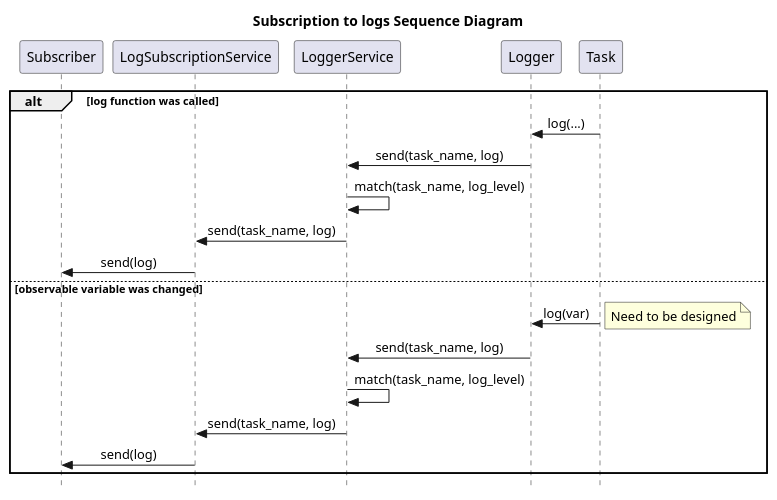
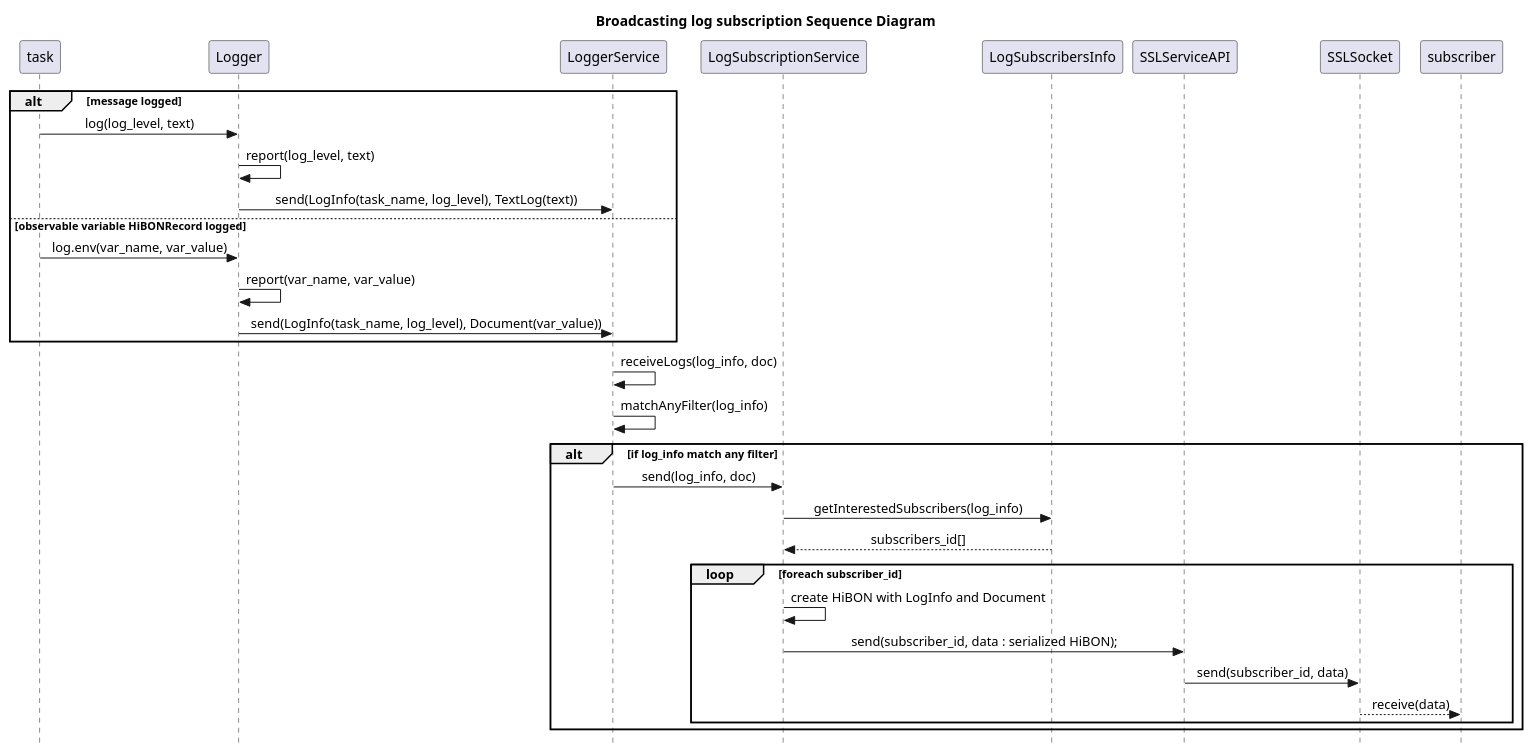
One commit to tagion/tagion changed the diagram in src/lib-services/uml/LogSubscription/ReceivingLogsSequence.wsd. Above: the diagram before and after it, drawn with PlantUML. The commit also changed 3 other files, not shown here.

Commit message:
update diagrams for log subscription

```diff
--- a/src/lib-services/uml/LogSubscription/ReceivingLogsSequence.wsd
+++ b/src/lib-services/uml/LogSubscription/ReceivingLogsSequence.wsd
@@ -1,35 +1,42 @@
 @startuml Logger Subscription Sequence
 
 skinparam Style strictuml
 skinparam SequenceMessageAlign center
 hide empty description
-title Subscription to logs Sequence Diagram
+title Broadcasting log subscription Sequence Diagram
 
-participant Subscriber as sub
+participant task
+participant Logger as logger
+participant LoggerService as logservice
 participant LogSubscriptionService as subservice
-participant LoggerService as logservice
-participant Logger as logger
-participant Task as task
+participant LogSubscribersInfo as subinfo
+participant SSLServiceAPI as api
+participant SSLSocket as socket
+participant subscriber as sub
 
-alt log function was called
-task -> logger : log(...)
-logger -> logservice : send(task_name, log)
-logservice -> logservice : match(task_name, log_level)
-logservice -> subservice : send(task_name, log)
-subservice -> sub : send(log)
-else observable variable was changed
-task -> logger : log(var)
-note right
-Need to be designed
-end note
-logger -> logservice : send(task_name, log)
-logservice -> logservice : match(task_name, log_level)
-logservice -> subservice : send(task_name, log)
-subservice -> sub : send(log)
+alt message logged
+    task -> logger : log(log_level, text)
+    logger -> logger : report(log_level, text)
+    logger -> logservice : send(LogInfo(task_name, log_level), TextLog(text))
+else observable variable HiBONRecord logged
+    task -> logger : log.env(var_name, var_value)
+    logger -> logger : report(var_name, var_value)
+    logger -> logservice : send(LogInfo(task_name, log_level), Document(var_value))
 end
 
-deactivate sub
-deactivate subservice
-deactivate logservice
+logservice -> logservice : receiveLogs(log_info, doc)
+logservice -> logservice : matchAnyFilter(log_info)
+
+alt if log_info match any filter
+    logservice -> subservice : send(log_info, doc)
+    subservice -> subinfo : getInterestedSubscribers(log_info)
+    subinfo --> subservice : subscribers_id[]
+    loop foreach subscriber_id
+        subservice -> subservice : create HiBON with LogInfo and Document
+        subservice -> api : send(subscriber_id, data : serialized HiBON);
+        api -> socket : send(subscriber_id, data)
+        socket --> sub : receive(data)
+    end
+end
 
 @enduml
```
